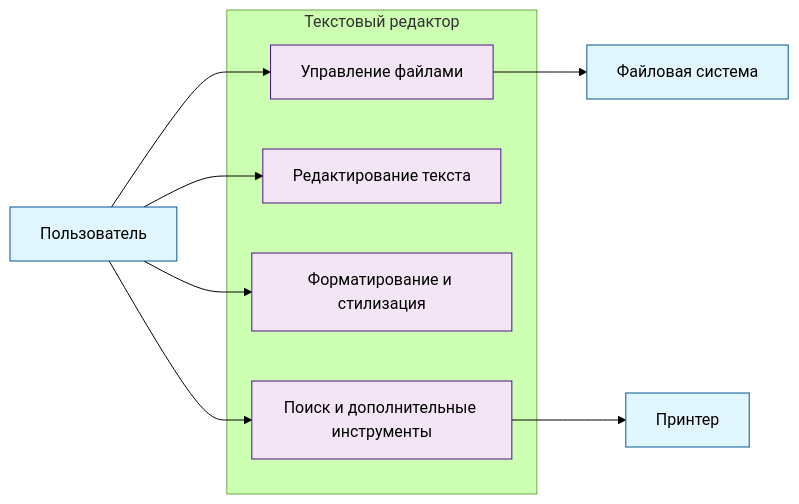
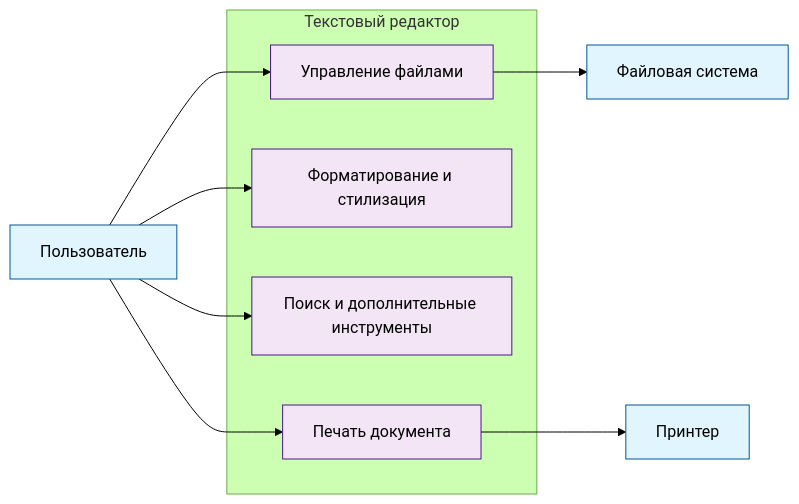
The diagram in Документация/Преценденты/Диаграмма прецедентов.md (penamarth/bsbo-16-23_team5_var11_textedit), drawn with Mermaid (forest theme) before and after one commit.

Commit message:
Fix use case diagram

````diff
--- a/Документация/Преценденты/Диаграмма прецедентов.md
+++ b/Документация/Преценденты/Диаграмма прецедентов.md
@@ -3,25 +3,25 @@
 ```mermaid
 flowchart LR
     actor1[Пользователь]:::actor
     actor2[Файловая система]:::actor
     actor3[Принтер]:::actor
 
     subgraph editor[Текстовый редактор]
         UC1[Управление файлами]
-        UC2[Редактирование текста]
-        UC3[Форматирование и стилизация]
-        UC4[Поиск и дополнительные инструменты]
+        UC2[Форматирование и стилизация]
+        UC3[Поиск и дополнительные инструменты]
+        UC4[Печать документа]
     end
 
     actor1 --> UC1
     actor1 --> UC2
     actor1 --> UC3
     actor1 --> UC4
 
     UC1 --> actor2
     UC4 --> actor3
 
     classDef actor fill:#e1f5fe,stroke:#01579b
     classDef usecase fill:#f3e5f5,stroke:#4a148c
     class UC1,UC2,UC3,UC4 usecase
 ```
````
